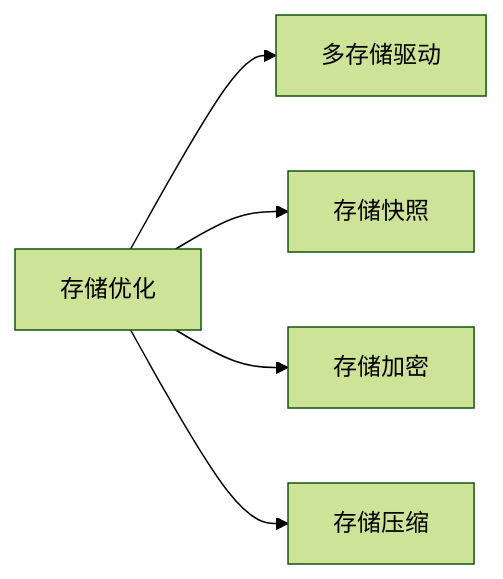
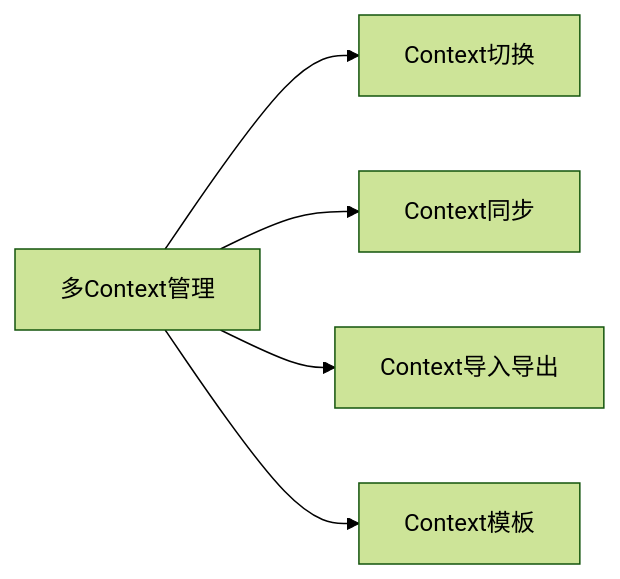
Before and after one commit to LineCatOvO/DFA: the third of 6 diagrams in docs/ROADMAP.md, drawn with Mermaid (forest theme). The commit also changed other lines of this file and 25 other files, not shown here.

````diff
--- a/docs/ROADMAP.md
+++ b/docs/ROADMAP.md
@@ -63,7 +63,7 @@
 ```mermaid
 graph LR
-    A[存储优化] --> B[多存储驱动]
-    A --> C[存储快照]
-    A --> D[存储加密]
-    A --> E[存储压缩]
+    A[多Context管理] --> B[Context切换]
+    A --> C[Context同步]
+    A --> D[Context导入导出]
+    A --> E[Context模板]
 ```
````
